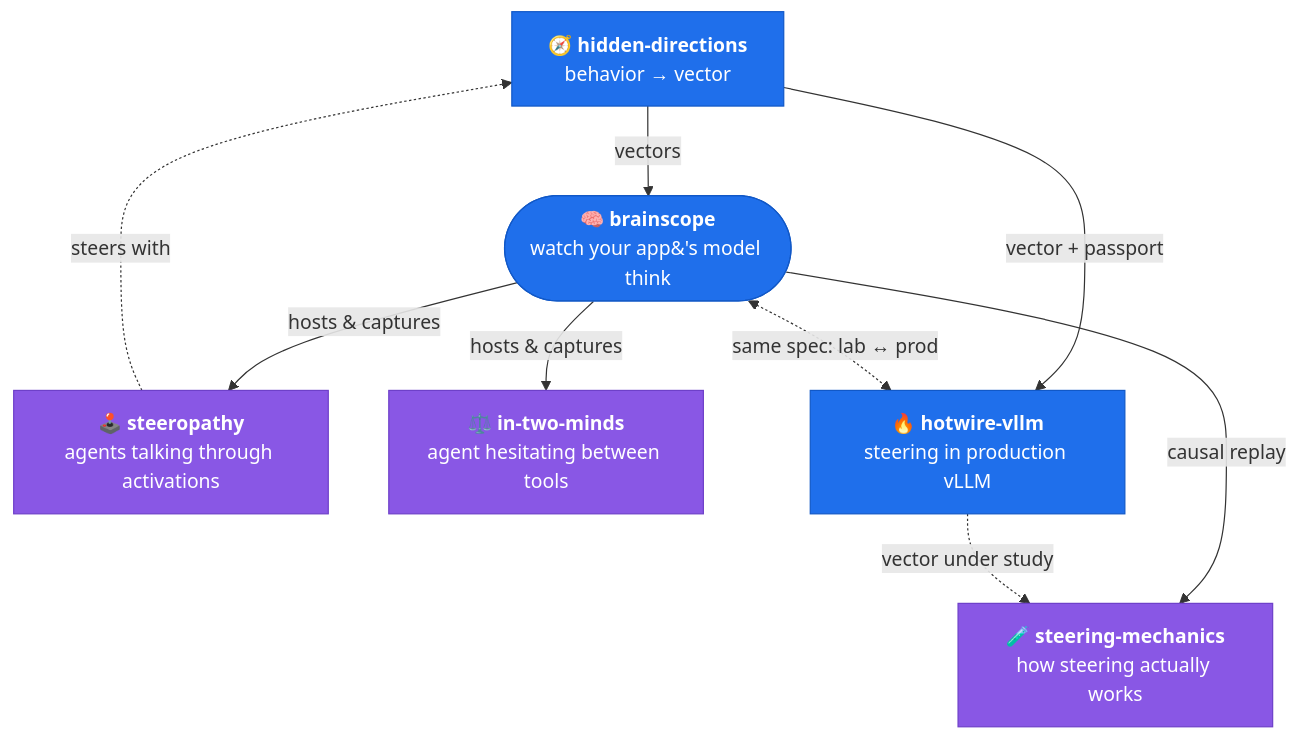
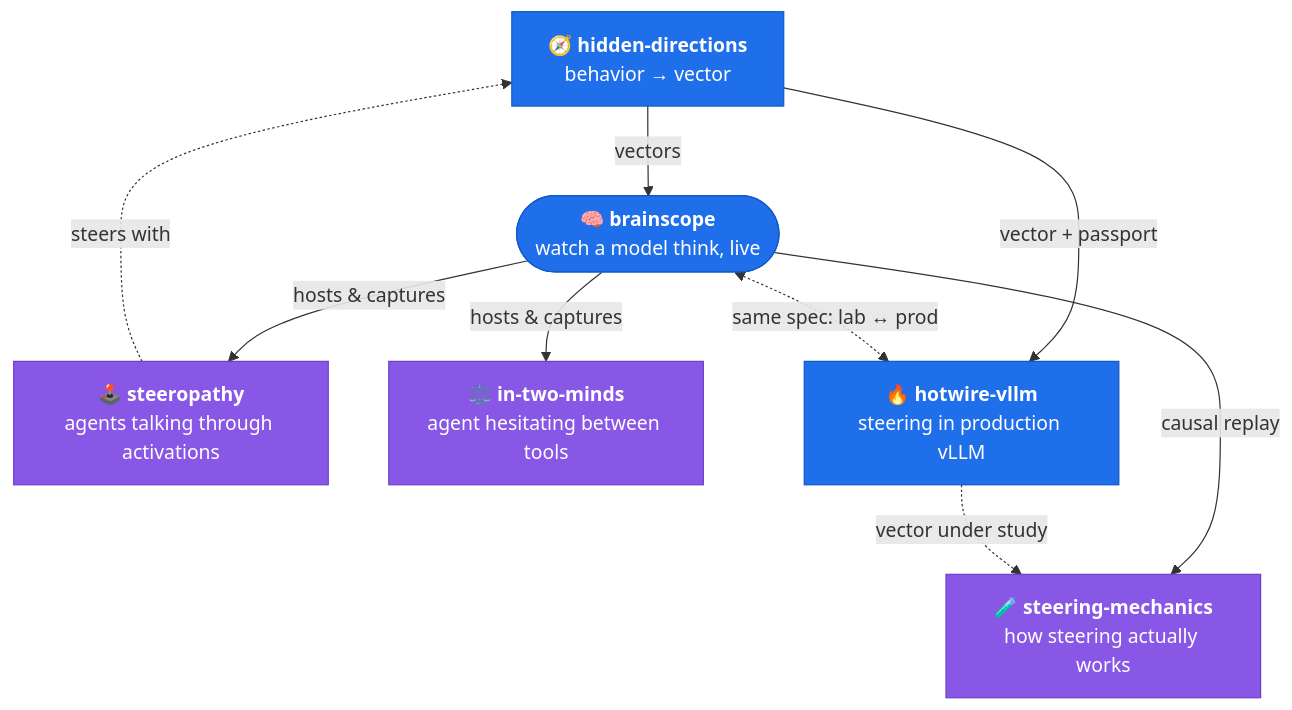
One commit to moudrkat/moudrkat changed the diagram in README.md. Above: the diagram before and after it, drawn with Mermaid.

Commit message:
profile: fix brainscope graph label (apostrophe entity rendered literally)

````diff
--- a/README.md
+++ b/README.md
@@ -40,30 +40,30 @@
 ```mermaid
 flowchart TD
     hd["🧭 <b>hidden-directions</b><br/>behavior → vector"]
-    bs(["🧠 <b>brainscope</b><br/>watch your app&#39;s model think"])
+    bs(["🧠 <b>brainscope</b><br/>watch a model think, live"])
     st["🕹️ <b>steeropathy</b><br/>agents talking through activations"]
     tm["⚖️ <b>in-two-minds</b><br/>agent hesitating between tools"]
     hw["🔥 <b>hotwire-vllm</b><br/>steering in production vLLM"]
     sm["🧪 <b>steering-mechanics</b><br/>how steering actually works"]
 
     hd -->|"vectors"| bs
     bs -->|"hosts & captures"| st
     bs -->|"hosts & captures"| tm
     st -.->|"steers with"| hd
     hd -->|"vector + passport"| hw
     bs <-.->|"same spec: lab ↔ prod"| hw
     bs -->|"causal replay"| sm
     hw -.->|"vector under study"| sm
 
     click hd "https://github.com/moudrkat/hidden-directions"
     click bs "https://github.com/moudrkat/brainscope"
     click st "https://github.com/moudrkat/steeropathy"
     click tm "https://github.com/moudrkat/in-two-minds"
     click hw "https://github.com/moudrkat/hotwire-vllm"
     click sm "https://github.com/moudrkat/steering-mechanics"
 
     classDef engine fill:#1f6feb,stroke:#1158c7,color:#ffffff;
     classDef exp fill:#8957e5,stroke:#6e40c9,color:#ffffff;
     class bs,hd,hw engine;
     class st,tm,sm exp;
 ```
````
